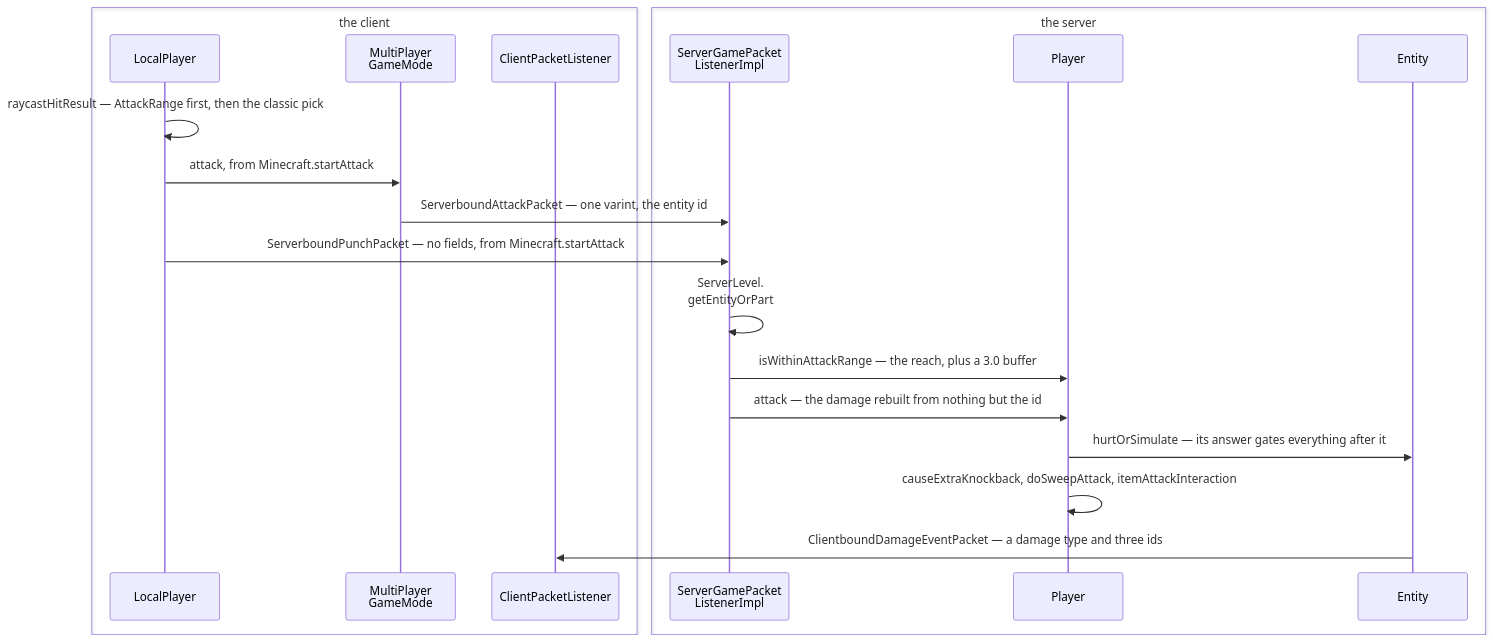
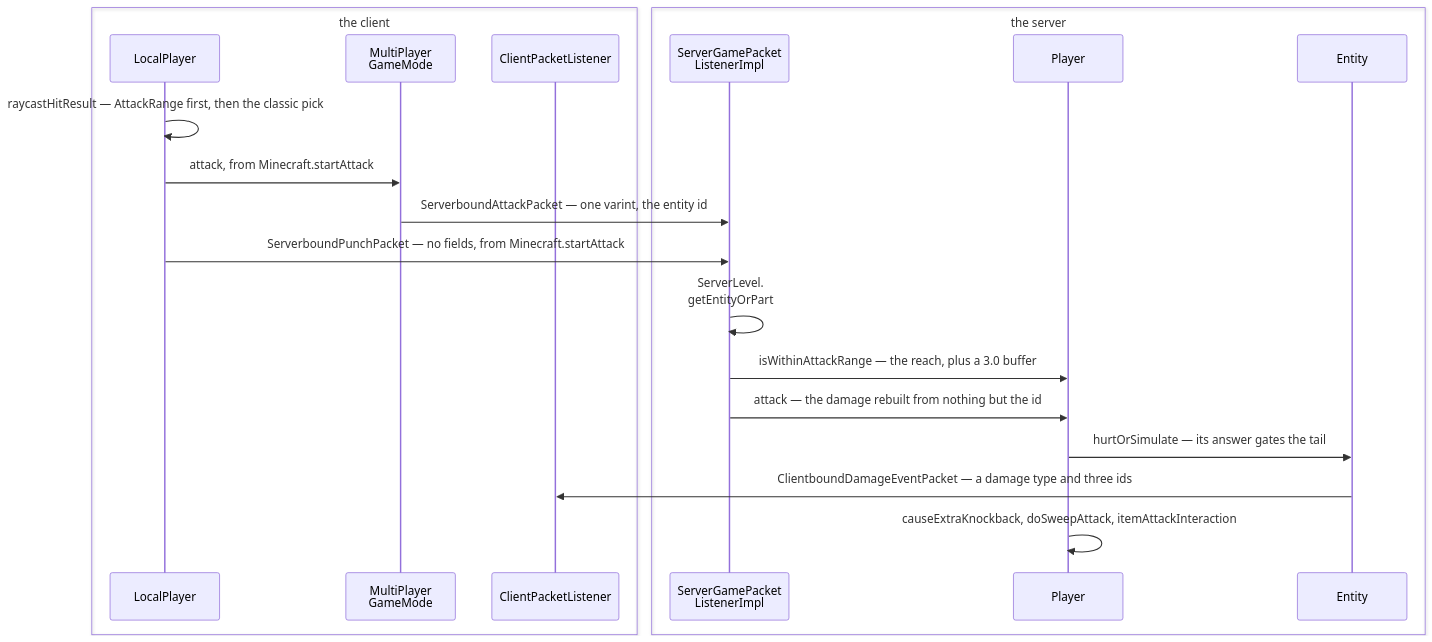
Before and after one commit to AlexanderjFraser/MinecraftDocs: the first of 2 diagrams in src/systems/player/the-sword-swing.md, drawn with Mermaid. The commit also changed other lines of this file and 16 other files, not shown here.

````diff
--- a/src/systems/player/the-sword-swing.md
+++ b/src/systems/player/the-sword-swing.md
@@ -111,24 +113,24 @@
 ```mermaid
 sequenceDiagram
     box transparent the client
     participant LP as LocalPlayer
     participant MPGM as MultiPlayer<br/>GameMode
     participant CPL as ClientPacketListener
     end
     box transparent the server
     participant SGPL as ServerGamePacket<br/>ListenerImpl
     participant Player as Player
     participant Entity as Entity
     end
 
     LP->>LP: raycastHitResult — AttackRange first, then the classic pick
     LP->>MPGM: attack, from Minecraft.startAttack
     MPGM->>SGPL: ServerboundAttackPacket — one varint, the entity id
     LP->>SGPL: ServerboundPunchPacket — no fields, from Minecraft.startAttack
     SGPL->>SGPL: ServerLevel.<br/>getEntityOrPart
     SGPL->>Player: isWithinAttackRange — the reach, plus a 3.0 buffer
     SGPL->>Player: attack — the damage rebuilt from nothing but the id
-    Player->>Entity: hurtOrSimulate — its answer gates everything after it
+    Player->>Entity: hurtOrSimulate — its answer gates the tail
+    Entity->>CPL: ClientboundDamageEventPacket — a damage type and three ids
     Player->>Player: causeExtraKnockback, doSweepAttack, itemAttackInteraction
-    Entity->>CPL: ClientboundDamageEventPacket — a damage type and three ids
 ```
````
